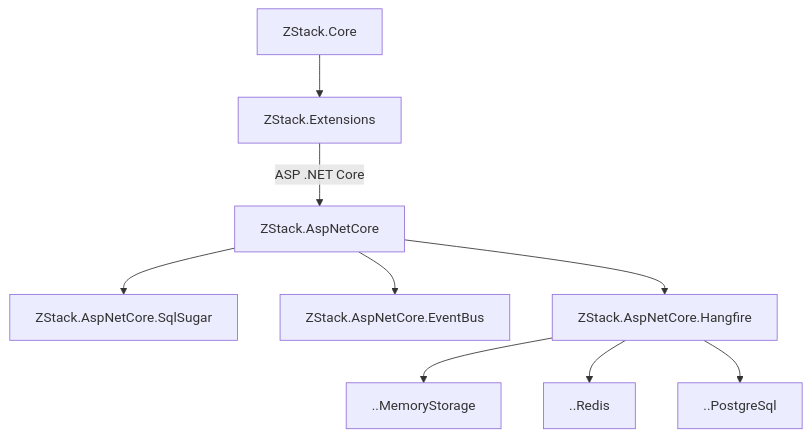
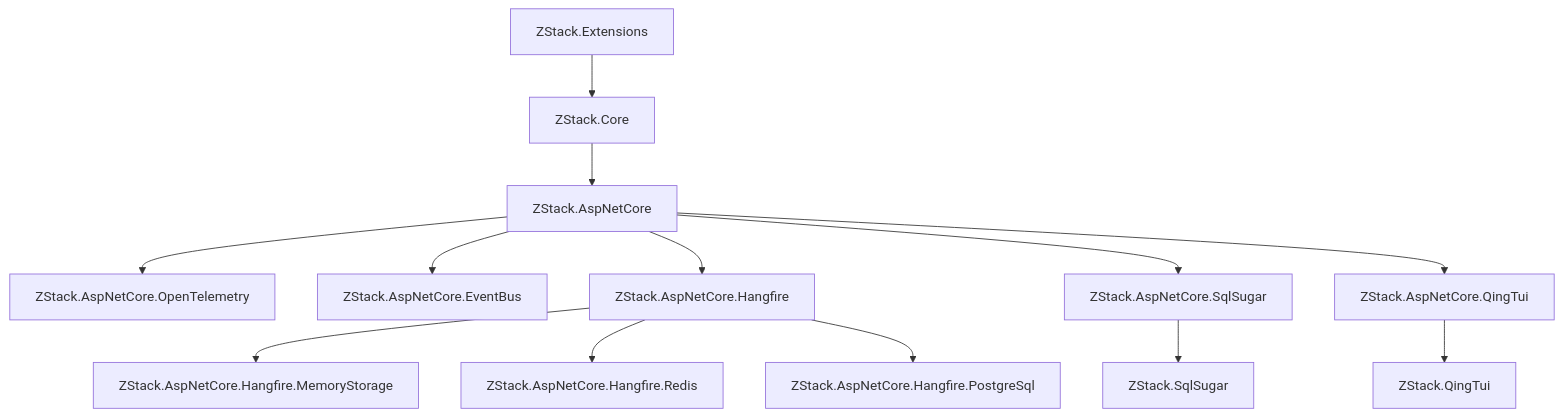
The diagram in framework/README.md (zuozishi/ZStack.Framework), drawn with Mermaid before and after one commit. The commit also changed other lines of this file and 16 other files, not shown here.

````diff
--- a/framework/README.md
+++ b/framework/README.md
@@ -92,11 +11,15 @@
 ```mermaid
 graph TD;
-    ZStack.Core --> ZStack.Extensions;
-    ZStack.Extensions --ASP .NET Core--> ZStack.AspNetCore;
-    ZStack.AspNetCore --> ZStack.AspNetCore.SqlSugar;
+    ZStack.Extensions --> ZStack.Core;
+    ZStack.Core --> ZStack.AspNetCore;
+    ZStack.AspNetCore --> ZStack.AspNetCore.OpenTelemetry;
     ZStack.AspNetCore --> ZStack.AspNetCore.EventBus;
     ZStack.AspNetCore --> ZStack.AspNetCore.Hangfire;
-    ZStack.AspNetCore.Hangfire --> ..MemoryStorage;
-    ZStack.AspNetCore.Hangfire --> ..Redis;
-    ZStack.AspNetCore.Hangfire --> ..PostgreSql;
+    ZStack.AspNetCore.Hangfire --> ZStack.AspNetCore.Hangfire.MemoryStorage;
+    ZStack.AspNetCore.Hangfire --> ZStack.AspNetCore.Hangfire.Redis;
+    ZStack.AspNetCore.Hangfire --> ZStack.AspNetCore.Hangfire.PostgreSql;
+    ZStack.AspNetCore --> ZStack.AspNetCore.SqlSugar;
+    ZStack.AspNetCore.SqlSugar --> ZStack.SqlSugar;
+    ZStack.AspNetCore --> ZStack.AspNetCore.QingTui;
+    ZStack.AspNetCore.QingTui --> ZStack.QingTui;
 ```
````
